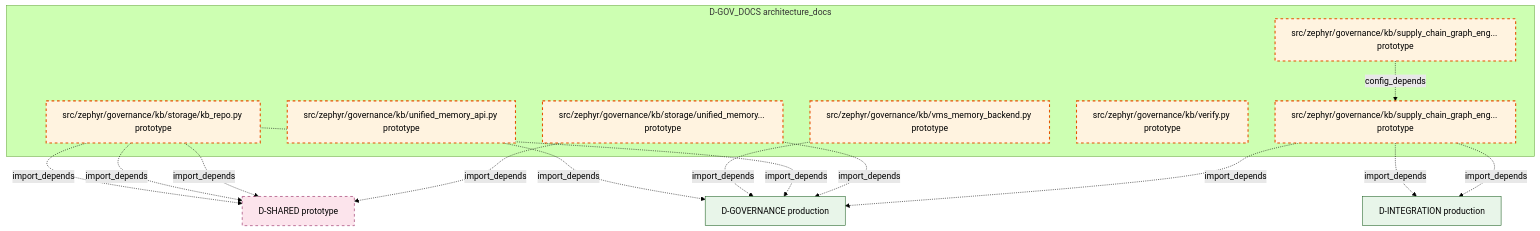
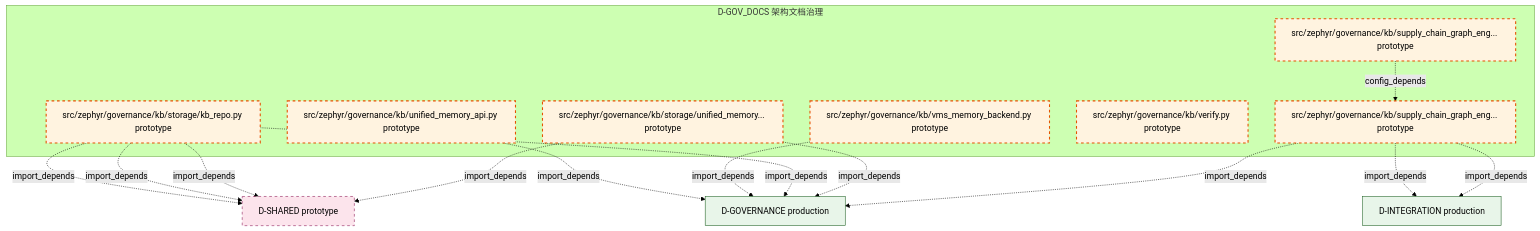
One commit to xuanFelixVan/ZephyrAlpha changed the fifth of 5 diagrams in docs/02_enterprise_architecture/02_domain_architecture_docs/35_d_gov_docs.md. Above: the diagram before and after it, drawn with Mermaid (forest theme). The commit also changed other lines of this file and 105 other files, not shown here.

````diff
--- a/docs/02_enterprise_architecture/02_domain_architecture_docs/35_d_gov_docs.md
+++ b/docs/02_enterprise_architecture/02_domain_architecture_docs/35_d_gov_docs.md
@@ -274,34 +274,34 @@
 ```mermaid
 graph TD
-    subgraph D_GOV_DOCS["D-GOV_DOCS architecture_docs"]
+    subgraph D_GOV_DOCS["D-GOV_DOCS 架构文档治理"]
         src_zephyr_governance_kb_storage_kb_repo_py["src/zephyr/governance/kb/storage/kb_repo.py prototype"]
         src_zephyr_governance_kb_storage_unified_memory_api_py["src/zephyr/governance/kb/storage/unified_memory... prototype"]
         src_zephyr_governance_kb_supply_chain_graph_engine_init_py["src/zephyr/governance/kb/supply_chain_graph_eng... prototype"]
         src_zephyr_governance_kb_supply_chain_graph_engine_graph_validator_py["src/zephyr/governance/kb/supply_chain_graph_eng... prototype"]
         src_zephyr_governance_kb_unified_memory_api_py["src/zephyr/governance/kb/unified_memory_api.py prototype"]
         src_zephyr_governance_kb_verify_py["src/zephyr/governance/kb/verify.py prototype"]
         src_zephyr_governance_kb_vms_memory_backend_py["src/zephyr/governance/kb/vms_memory_backend.py prototype"]
     end
     src_zephyr_governance_kb_supply_chain_graph_engine_init_py -.->|config_depends| src_zephyr_governance_kb_supply_chain_graph_engine_graph_validator_py
     D_GOVERNANCE["D-GOVERNANCE production"]
     src_zephyr_governance_kb_unified_memory_api_py -.->|import_depends| D_GOVERNANCE
     src_zephyr_governance_kb_vms_memory_backend_py -.->|import_depends| D_GOVERNANCE
     D_SHARED["D-SHARED prototype"]
     src_zephyr_governance_kb_storage_kb_repo_py -.->|import_depends| D_SHARED
     src_zephyr_governance_kb_storage_kb_repo_py -.->|import_depends| D_SHARED
     src_zephyr_governance_kb_storage_kb_repo_py -.->|import_depends| D_SHARED
     src_zephyr_governance_kb_storage_kb_repo_py -.->|import_depends| D_GOVERNANCE
     src_zephyr_governance_kb_storage_unified_memory_api_py -.->|import_depends| D_GOVERNANCE
     src_zephyr_governance_kb_storage_unified_memory_api_py -.->|import_depends| D_SHARED
     D_INTEGRATION["D-INTEGRATION production"]
     src_zephyr_governance_kb_supply_chain_graph_engine_graph_validator_py -.->|import_depends| D_INTEGRATION
     src_zephyr_governance_kb_supply_chain_graph_engine_graph_validator_py -.->|import_depends| D_INTEGRATION
     src_zephyr_governance_kb_supply_chain_graph_engine_graph_validator_py -.->|import_depends| D_GOVERNANCE
     classDef production fill:#e1f5fe,stroke:#01579b,stroke-width:2px,color:#000
     classDef design fill:#fff3e0,stroke:#e65100,stroke-width:2px,color:#000,stroke-dasharray: 5 5
     classDef external_prod fill:#e8f5e9,stroke:#1b5e20,stroke-width:1px,color:#000
     classDef external_design fill:#fce4ec,stroke:#880e4f,stroke-width:1px,color:#000,stroke-dasharray: 5 5
     class src_zephyr_governance_kb_storage_kb_repo_py,src_zephyr_governance_kb_storage_unified_memory_api_py,src_zephyr_governance_kb_supply_chain_graph_engine_init_py,src_zephyr_governance_kb_supply_chain_graph_engine_graph_validator_py,src_zephyr_governance_kb_unified_memory_api_py,src_zephyr_governance_kb_verify_py,src_zephyr_governance_kb_vms_memory_backend_py design
     class D_GOVERNANCE,D_INTEGRATION external_prod
     class D_SHARED external_design
 ```
````
